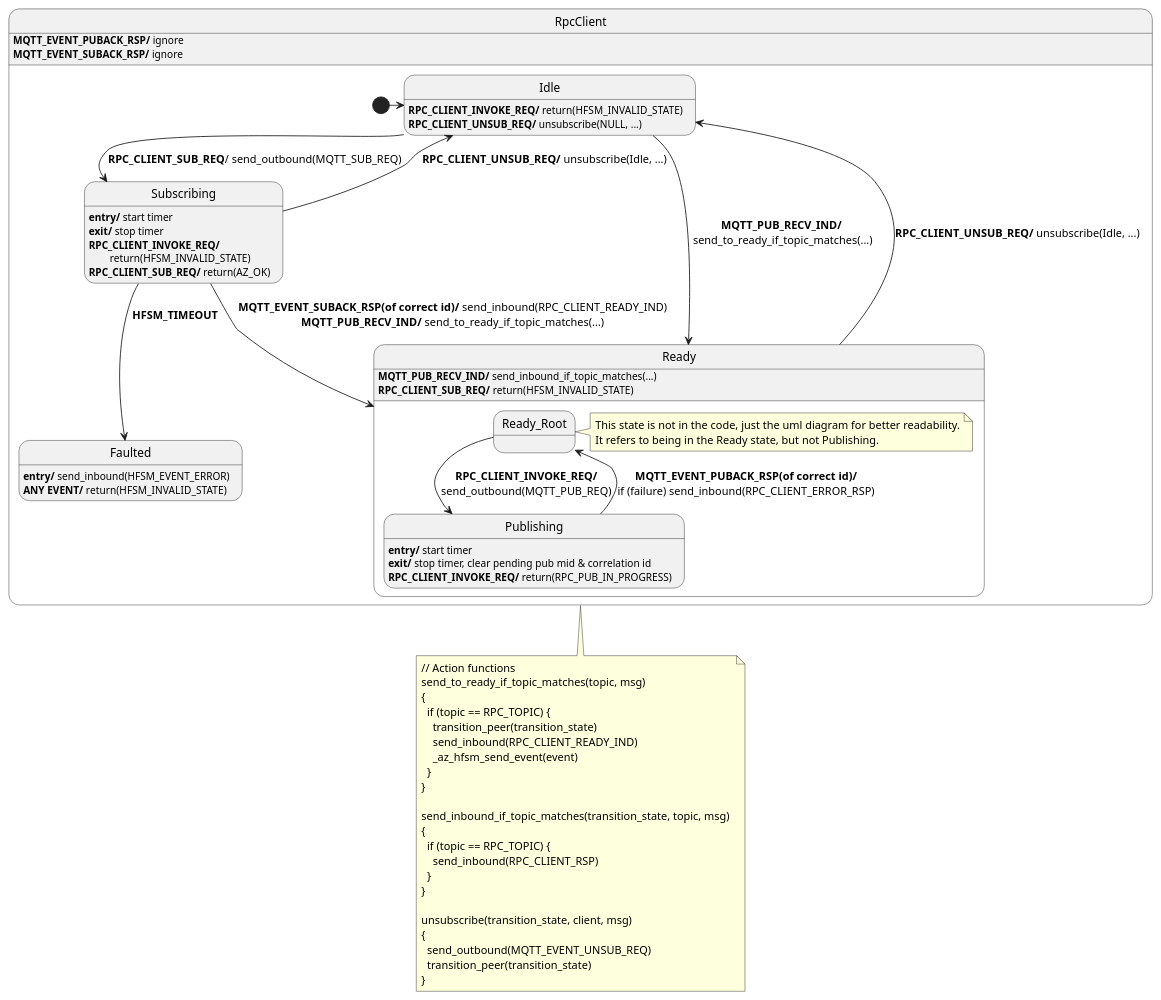
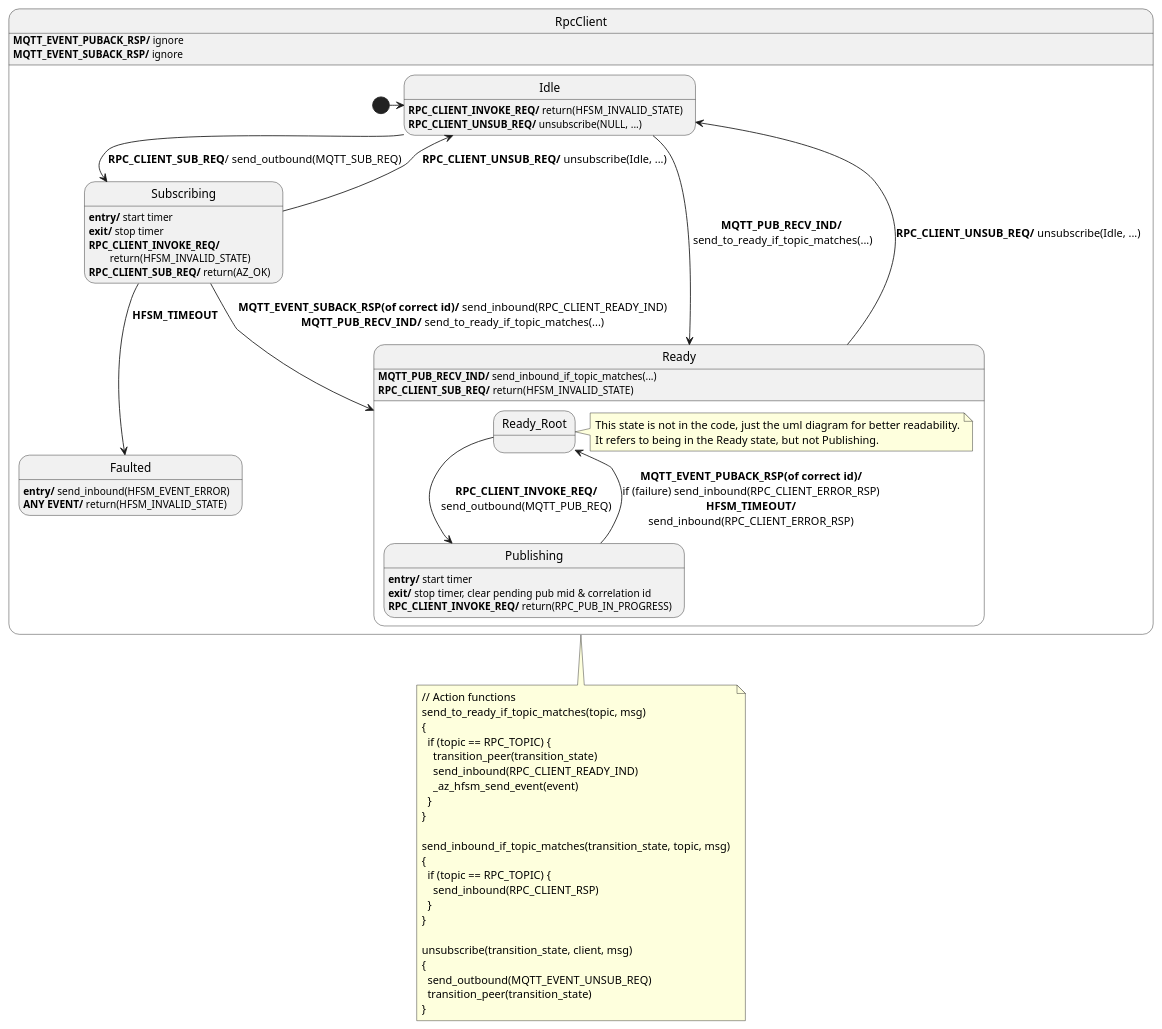
One commit to Azure/azure-sdk-for-c changed the diagram in sdk/docs/core/rpc_client.puml. Above: the diagram before and after it, drawn with PlantUML. The commit also changed 5 other files, not shown here.

Commit message:
add timeout to publishing

```diff
--- a/sdk/docs/core/rpc_client.puml
+++ b/sdk/docs/core/rpc_client.puml
@@ -1,77 +1,77 @@
 @startuml
 ' ignore these as handled outside of this diagram: MQTT_EVENT_CONNECT_REQ, MQTT_EVENT_CONNECT_RSP, MQTT_EVENT_DISCONNECT_REQ, MQTT_EVENT_DISCONNECT_RSP
 ' Assumptions:
 ' 0. Unknown events are forwarded (in their original direction, either inbound or outbound).
 ' 1. If RPC_CLIENT_READY_IND hasn't already been sent, RPC_CLIENT_SUB_REQ is guaranteed to respond with either RPC_CLIENT_READY_IND, or HFSM_EVENT_ERROR if the subscribe request timed out.
 ' 2. RPC_CLIENT_READY_IND will not be sent more than once unless the client unsubscribes or gets disconnected
 ' 3. RPC_CLIENT_INVOKE_REQ is guaranteed to respond with MQTT_EVENT_PUBACK_RSP if the API call succeeds (?)
 ' 4. send_inbound, send_outbound are used to send information to the app and network respectively.
 
 state RpcClient {
   state Idle
   Idle : <b>RPC_CLIENT_INVOKE_REQ/</b> return(HFSM_INVALID_STATE)
   Idle : <b>RPC_CLIENT_UNSUB_REQ/</b> unsubscribe(NULL, ...)
 
   state Faulted
   Faulted : <b>entry/</b> send_inbound(HFSM_EVENT_ERROR)
   Faulted : <b>ANY EVENT/</b> return(HFSM_INVALID_STATE)
     
   state Subscribing
   Subscribing : <b>entry/</b> start timer
   Subscribing : <b>exit/</b> stop timer
   Subscribing : <b>RPC_CLIENT_INVOKE_REQ/</b>\n\treturn(HFSM_INVALID_STATE)
   Subscribing : <b>RPC_CLIENT_SUB_REQ/</b> return(AZ_OK) 
   
   state Ready {
     state Ready_Root
     note right of Ready_Root
       This state is not in the code, just the uml diagram for better readability.
       It refers to being in the Ready state, but not Publishing.
     end note
     state Publishing
     Publishing : <b>entry/</b> start timer
     Publishing : <b>exit/</b> stop timer, clear pending pub mid & correlation id
     Publishing : <b>RPC_CLIENT_INVOKE_REQ/</b> return(RPC_PUB_IN_PROGRESS)
 
     Ready_Root -> Publishing : <b>RPC_CLIENT_INVOKE_REQ/</b>\nsend_outbound(MQTT_PUB_REQ)
-    Publishing --> Ready_Root : <b>MQTT_EVENT_PUBACK_RSP(of correct id)/</b>\nif (failure) send_inbound(RPC_CLIENT_ERROR_RSP)
+    Publishing --> Ready_Root : <b>MQTT_EVENT_PUBACK_RSP(of correct id)/</b>\nif (failure) send_inbound(RPC_CLIENT_ERROR_RSP)\n<b>HFSM_TIMEOUT/</b>\nsend_inbound(RPC_CLIENT_ERROR_RSP)
   }
   Ready : <b>MQTT_PUB_RECV_IND/</b> send_inbound_if_topic_matches(...)
   Ready : <b>RPC_CLIENT_SUB_REQ/</b> return(HFSM_INVALID_STATE)
 
   [*] -> Idle
   Idle --> Subscribing : <b>RPC_CLIENT_SUB_REQ</b>/ send_outbound(MQTT_SUB_REQ)
   Idle --> Ready : <b>MQTT_PUB_RECV_IND/</b>\n send_to_ready_if_topic_matches(...)
   Subscribing --> Faulted : <b>HFSM_TIMEOUT</b>
   Subscribing --> Ready : <b>MQTT_EVENT_SUBACK_RSP(of correct id)/</b> send_inbound(RPC_CLIENT_READY_IND)\n<b>MQTT_PUB_RECV_IND/</b> send_to_ready_if_topic_matches(...)
   Ready --> Idle : <b>RPC_CLIENT_UNSUB_REQ/</b> unsubscribe(Idle, ...)
   Subscribing --> Idle : <b>RPC_CLIENT_UNSUB_REQ/</b> unsubscribe(Idle, ...)
 
 }
 RpcClient : <b>MQTT_EVENT_PUBACK_RSP/</b> ignore
 RpcClient : <b>MQTT_EVENT_SUBACK_RSP/</b> ignore
 note bottom of RpcClient
   // Action functions
   send_to_ready_if_topic_matches(topic, msg) 
   {
     if (topic == RPC_TOPIC) {
       transition_peer(transition_state)
       send_inbound(RPC_CLIENT_READY_IND)
       _az_hfsm_send_event(event)
     }
   }
 
   send_inbound_if_topic_matches(transition_state, topic, msg) 
   {
     if (topic == RPC_TOPIC) {
       send_inbound(RPC_CLIENT_RSP)
     }
   }
 
   unsubscribe(transition_state, client, msg) 
   {
     send_outbound(MQTT_EVENT_UNSUB_REQ)
     transition_peer(transition_state)
   }
 end note
 @enduml
```
